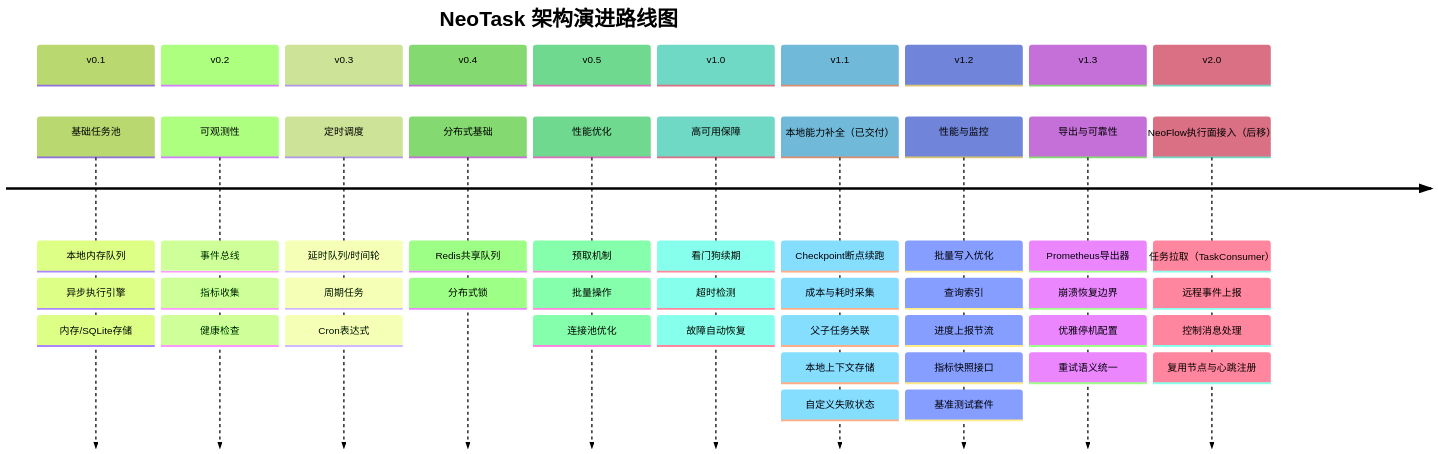
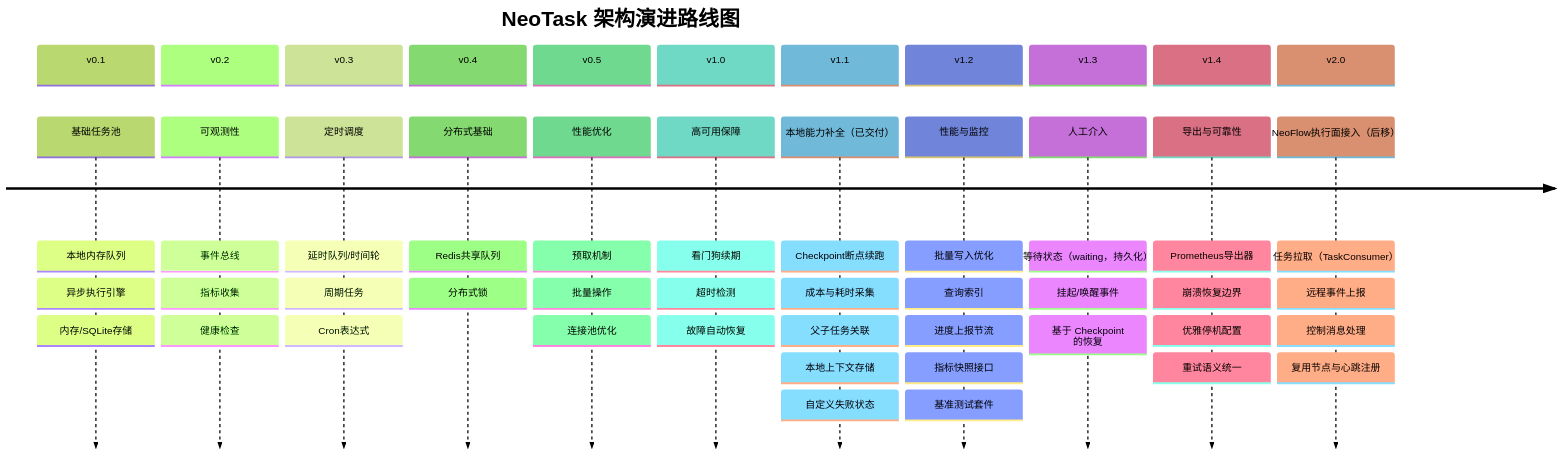
Before and after one commit to neopen/neotask: the second of 2 diagrams in README_zh.md, drawn with Mermaid (forest theme). The commit also changed other lines of this file and 2 other files, not shown here.

Commit message:
docs(roadmap): 重排 1.3/1.4 规划并规范状态枚举定义
FR:
- v1.3.0 主题改为人工介入：新增 TaskStatus.WAITING、task.waiting /
  task.signal_received 事件、wait_for_signal 挂起与 pool.signal 唤醒、
  checkpoint 重放恢复、等待超时与跨节点唤醒语义
- 原 v1.3 的 Prometheus 导出器与可靠性补强整体移到 v1.4.0，并把 waiting
  纳入崩溃恢复、停机与重试矩阵
- TaskStatus 统一为标准 str Enum：成员名大写、值保持小写，显式
  __str__ = str.__str__；EventType 维持大写常量 + task.* 线上名
- 明确兼容边界：落库值、Redis status 键与事件 payload 不变，无 schema
  迁移；str(status) 输出改为小写值需在 CHANGELOG 注明
- 版本总览、修订原则、文档同步要求与下一步行动同步更新；README /
  README_zh 路线图区块改为 v1.3 Human-in-the-loop、v1.4 Export &
  Reliability

AC:
- 路线图章节编号连续：v1.2 → v1.3 → v1.4 → v2.0 → 文档同步 → 下一步
- v1.3 验收覆盖三后端重启续跑、跨实例唤醒、非法转换、事件顺序、
  单 worker 不阻塞与枚举序列化一致性
- README 与 README_zh 的图注、mermaid 时间线与路线图一致

````diff
--- a/README_zh.md
+++ b/README_zh.md
@@ -149,59 +149,64 @@
 ```mermaid
 timeline
     title NeoTask 架构演进路线图
 
     section v0.1
         基础任务池 : 本地内存队列
                    : 异步执行引擎
                    : 内存/SQLite存储
 
     section v0.2
         可观测性 : 事件总线
                  : 指标收集
                  : 健康检查
 
     section v0.3
         定时调度 : 延时队列/时间轮
                  : 周期任务
                  : Cron表达式
 
     section v0.4
         分布式基础 : Redis共享队列
                    : 分布式锁
 
     section v0.5
         性能优化 : 预取机制
                  : 批量操作
                  : 连接池优化
 
     section v1.0
         高可用保障 : 看门狗续期
                    : 超时检测
                    : 故障自动恢复
 
     section v1.1
         本地能力补全（已交付） : Checkpoint断点续跑
                                : 成本与耗时采集
                                : 父子任务关联
                                : 本地上下文存储
                                : 自定义失败状态
 
     section v1.2
         性能与监控 : 批量写入优化
                    : 查询索引
                    : 进度上报节流
                    : 指标快照接口
                    : 基准测试套件
 
     section v1.3
+        人工介入 : 等待状态（waiting，持久化）
+                 : 挂起/唤醒事件
+                 : 基于 Checkpoint 的恢复
+
+    section v1.4
         导出与可靠性 : Prometheus导出器
                      : 崩溃恢复边界
                      : 优雅停机配置
                      : 重试语义统一
 
     section v2.0
         NeoFlow执行面接入（后移） : 任务拉取（TaskConsumer）
                                  : 远程事件上报
                                  : 控制消息处理
                                  : 复用节点与心跳注册
 ```
````
